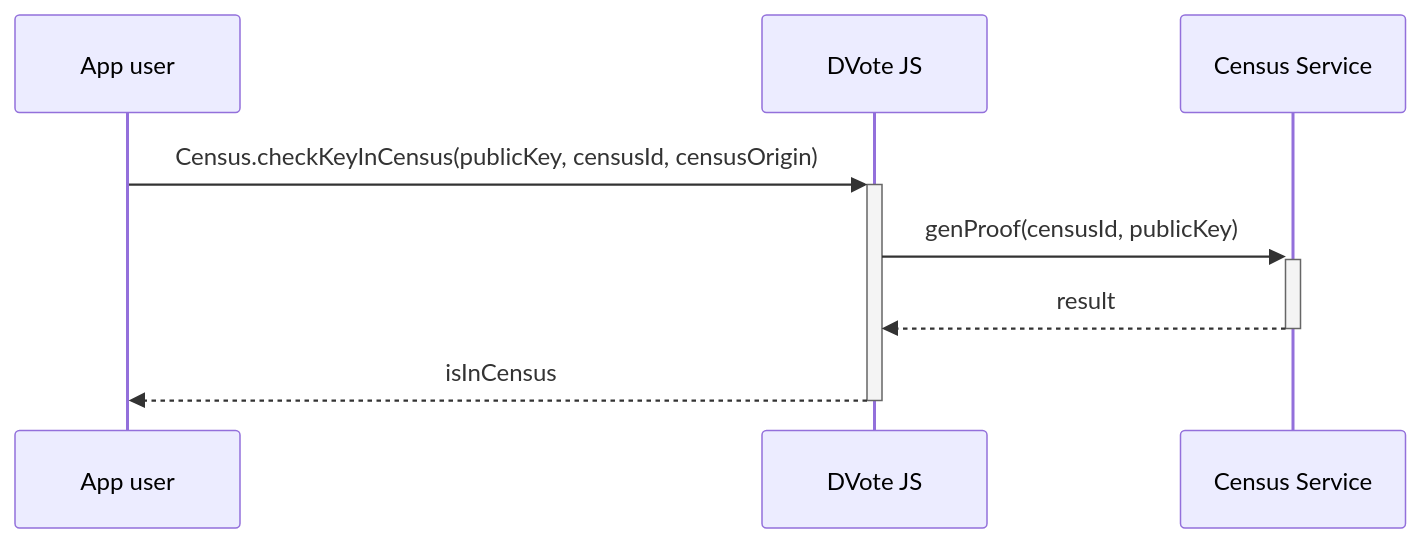
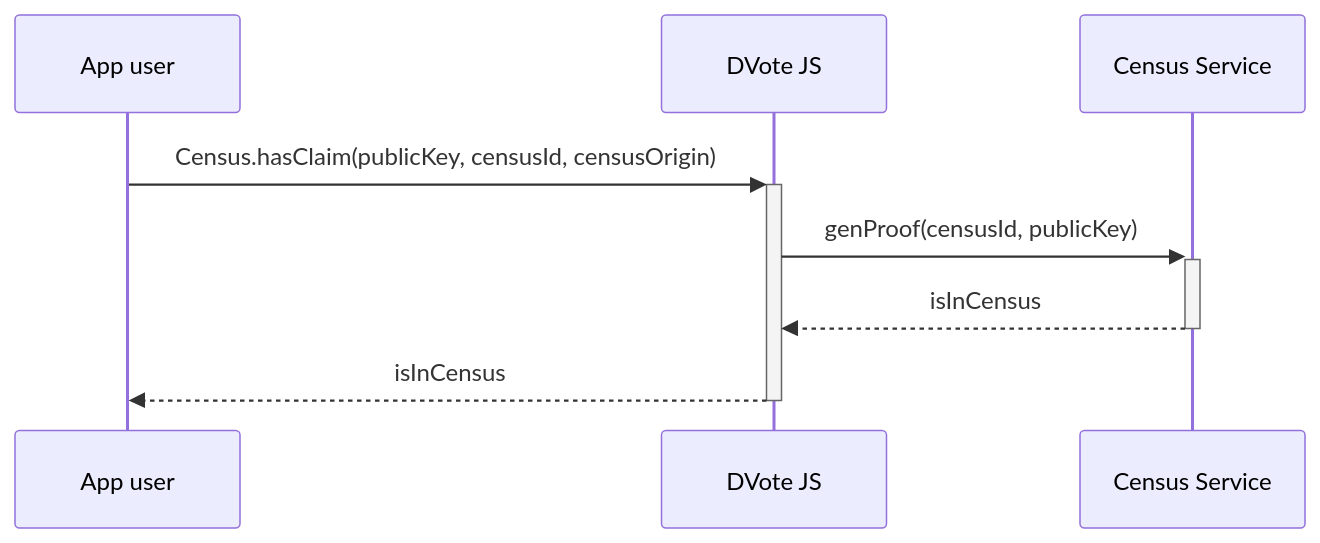
One commit to vocdoni/docs changed the ninth of 10 diagrams in docs/protocol/sequence-diagrams.md. Above: the diagram before and after it, drawn with Mermaid. The commit also changed other lines of this file and 1 other file, not shown here.

````diff
--- a/docs/protocol/sequence-diagrams.md
+++ b/docs/protocol/sequence-diagrams.md
@@ -249,13 +252,13 @@
 ```mermaid
 sequenceDiagram
     participant App as App user
     participant DV as DVote JS
     participant CS as Census Service
 
-    App->>+DV: Census.checkKeyInCensus(publicKey, censusId, censusOrigin)
+    App->>+DV: Census.hasClaim(publicKey, censusId, censusOrigin)
 
         DV->>+CS: genProof(censusId, publicKey)
-        CS-->>-DV: result
+        CS-->>-DV: isInCensus
 
     DV-->>-App: isInCensus
 ```
````
